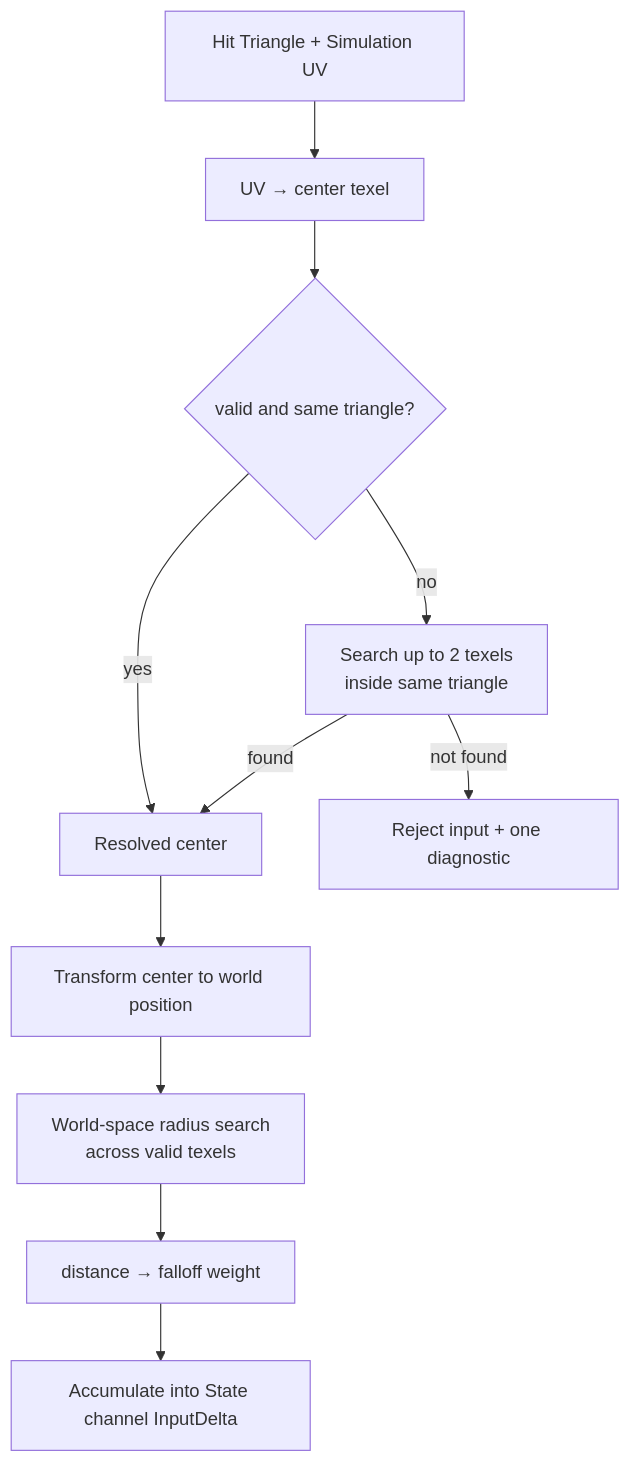
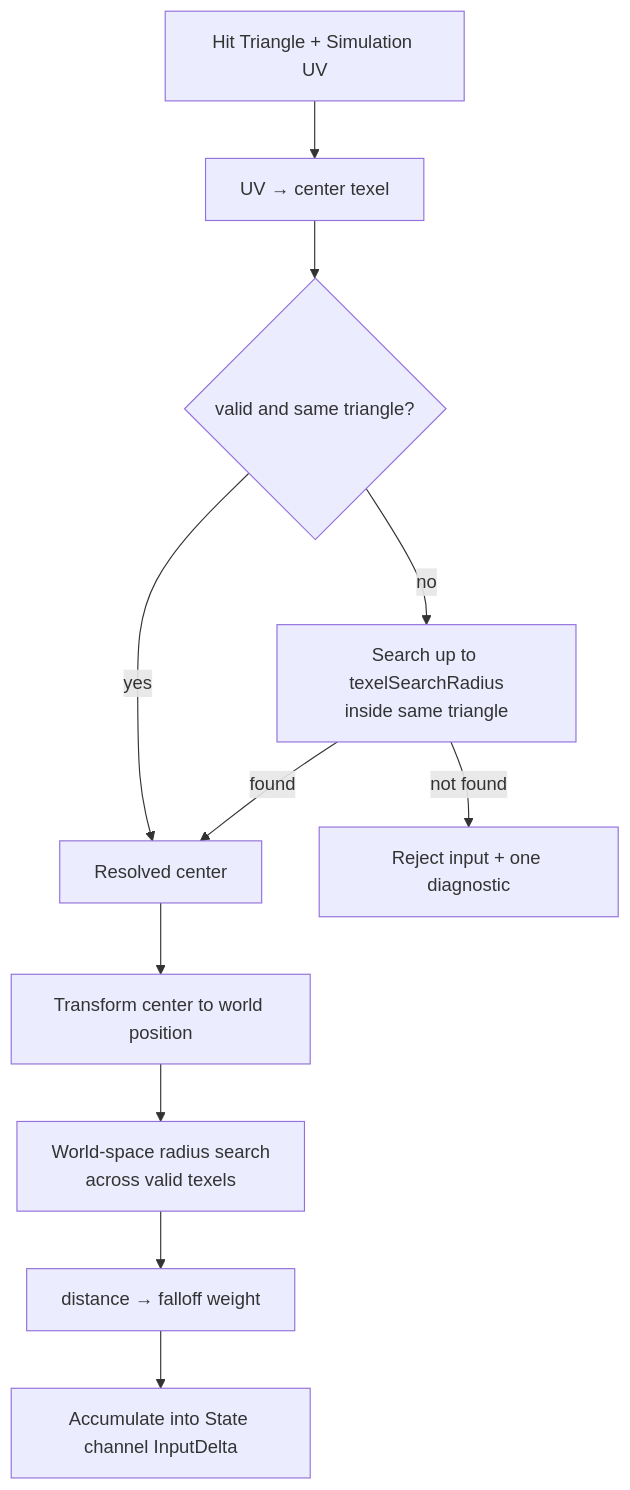
One commit to Yonaim/Material-Dependent-Surface-State-Engine changed the third of 3 diagrams in Docs/MDSSP-Vault/04_Architecture/0005_Surface-Input.md. Above: the diagram before and after it, drawn with Mermaid. The commit also changed other lines of this file and 29 other files, not shown here.

````diff
--- a/Docs/MDSSP-Vault/04_Architecture/0005_Surface-Input.md
+++ b/Docs/MDSSP-Vault/04_Architecture/0005_Surface-Input.md
@@ -85,13 +88,13 @@
 ```mermaid
 flowchart TD
   Hit["Hit Triangle + Simulation UV"] --> UVTexel["UV → center texel"]
   UVTexel --> Check{"valid and same triangle?"}
   Check -- yes --> Center["Resolved center"]
-  Check -- no --> Search["Search up to 2 texels\ninside same triangle"]
+  Check -- no --> Search["Search up to texelSearchRadius\ninside same triangle"]
   Search -->|found| Center
   Search -->|not found| Reject["Reject input + one diagnostic"]
   Center --> World["Transform center to world position"]
   World --> Radius["World-space radius search\nacross valid texels"]
   Radius --> Falloff["distance → falloff weight"]
   Falloff --> Delta["Accumulate into State channel InputDelta"]
 ```
````
